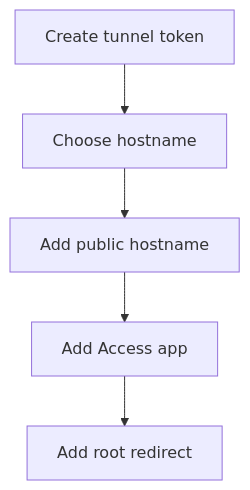
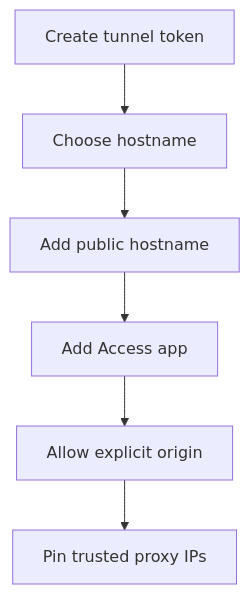
The second of 3 diagrams in docs/install/cloudflare-coolify.md (borealBytes/my-farm-advisor), drawn with Mermaid before and after one commit. The commit also changed other lines of this file and 27 other files, not shown here.

Commit message:
feat(auth): enable cloudflare access dashboard flow

````diff
--- a/docs/install/cloudflare-coolify.md
+++ b/docs/install/cloudflare-coolify.md
@@ -72,10 +73,11 @@
 ```mermaid
 flowchart TD
     Token[Create tunnel token]
     Host[Choose hostname]
     PublicHost[Add public hostname]
     Access[Add Access app]
-    Redirect[Add root redirect]
+    Origin[Allow explicit origin]
+    Proxy[Pin trusted proxy IPs]
 
-    Token --> Host --> PublicHost --> Access --> Redirect
+    Token --> Host --> PublicHost --> Access --> Origin --> Proxy
 ```
````
